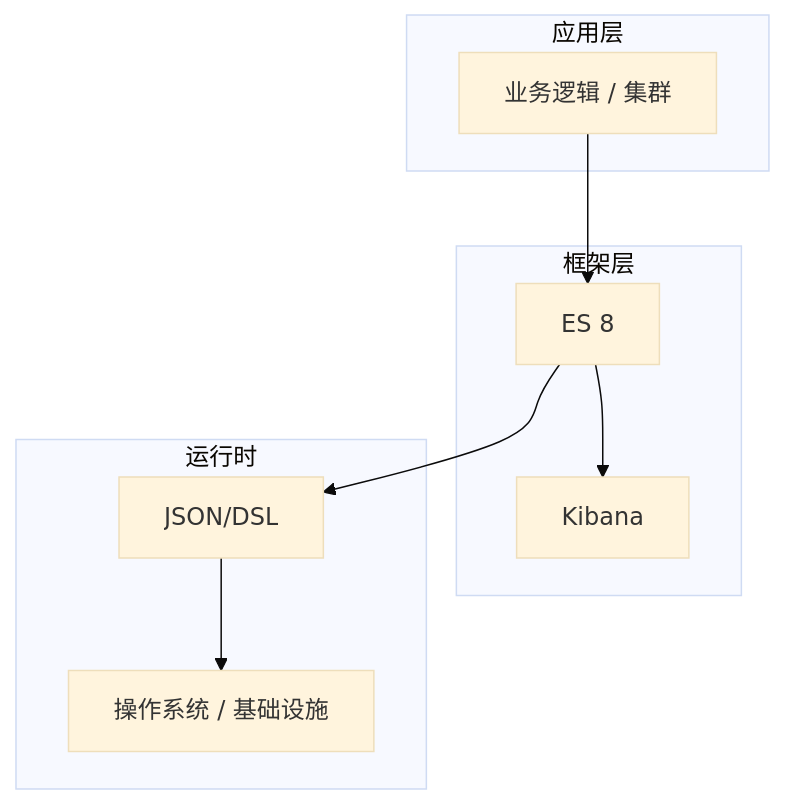
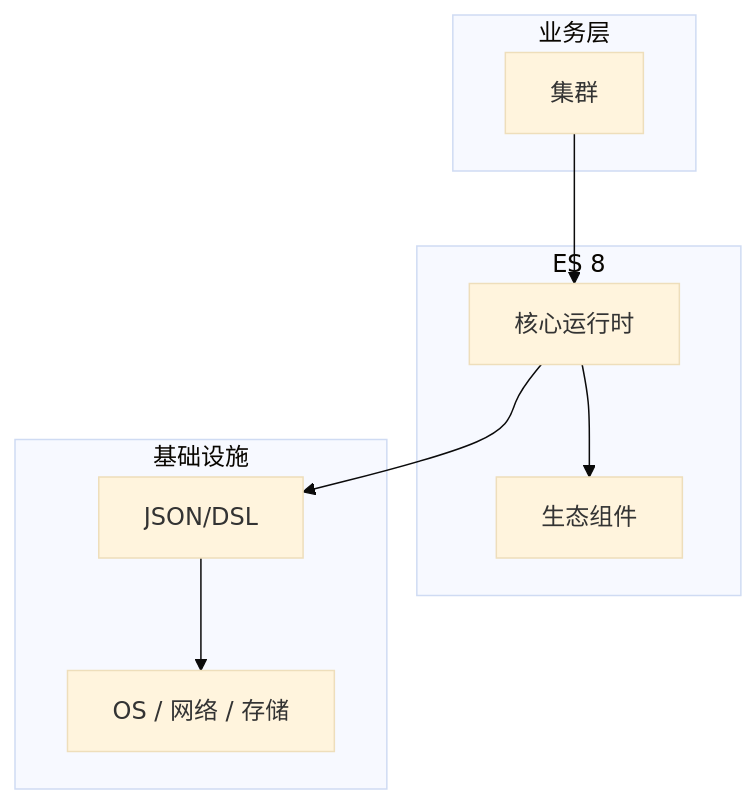
One commit to yanggan2015/knowledge-json-v2 changed the diagram in articles/Elasticsearch/chapters/057-集群核心概念与原理.md. Above: the diagram before and after it, drawn with Mermaid (base theme). The commit also changed other lines of this file and 10127 other files, not shown here.

````diff
--- a/articles/Elasticsearch/chapters/057-集群核心概念与原理.md
+++ b/articles/Elasticsearch/chapters/057-集群核心概念与原理.md
@@ -45,18 +34,18 @@
 ```mermaid
 graph TB
-    subgraph 应用层
-        A[业务逻辑 / 集群]
+    subgraph 业务层
+        A[集群]
     end
-    subgraph 框架层
-        B[ES 8]
-        C[Kibana]
+    subgraph ES 8
+        B[核心运行时]
+        C[生态组件]
     end
-    subgraph 运行时
+    subgraph 基础设施
         D[JSON/DSL]
-        E[操作系统 / 基础设施]
+        E[OS / 网络 / 存储]
     end
     A --> B
     B --> C
     B --> D
     D --> E
 ```
````
